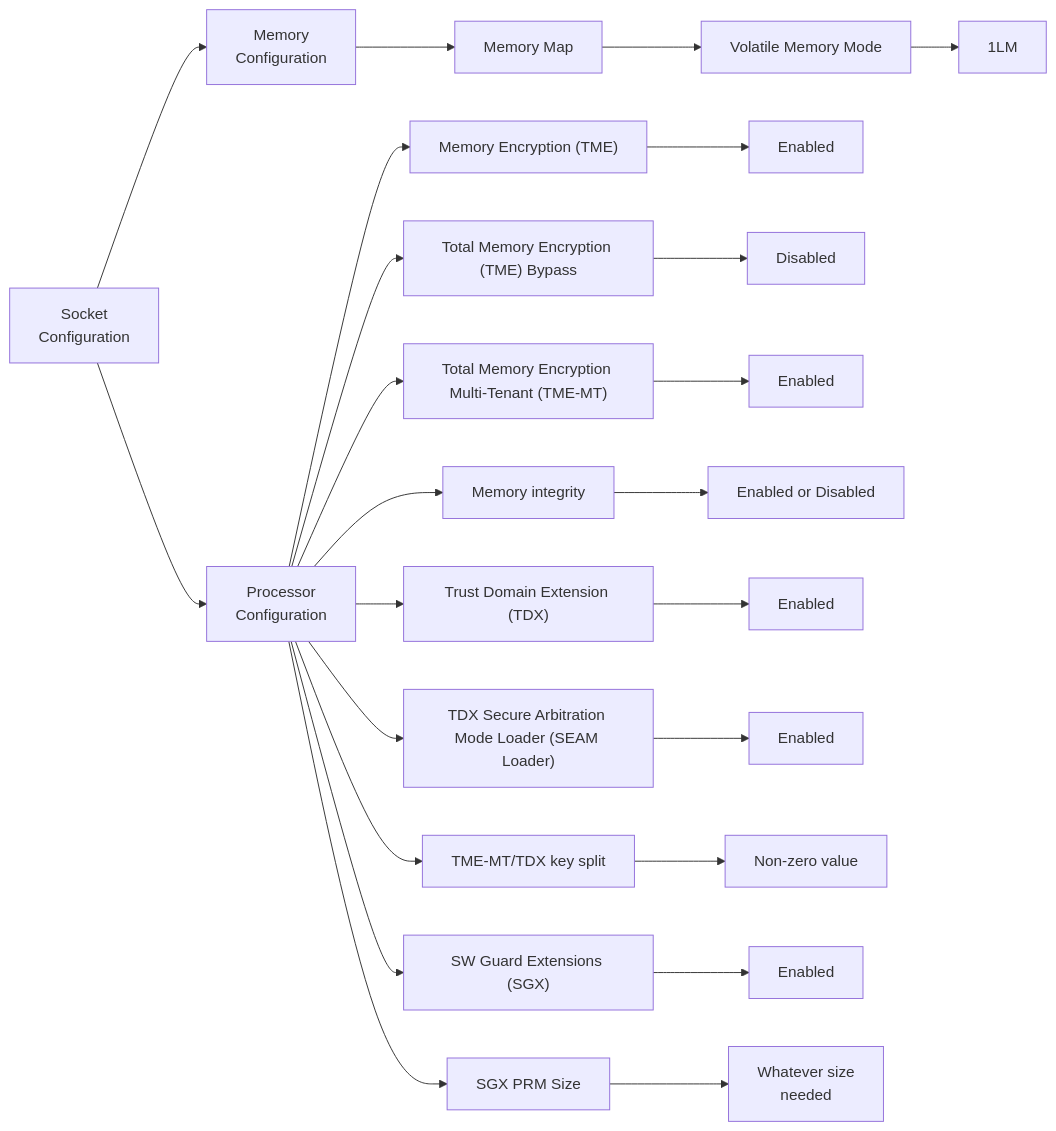
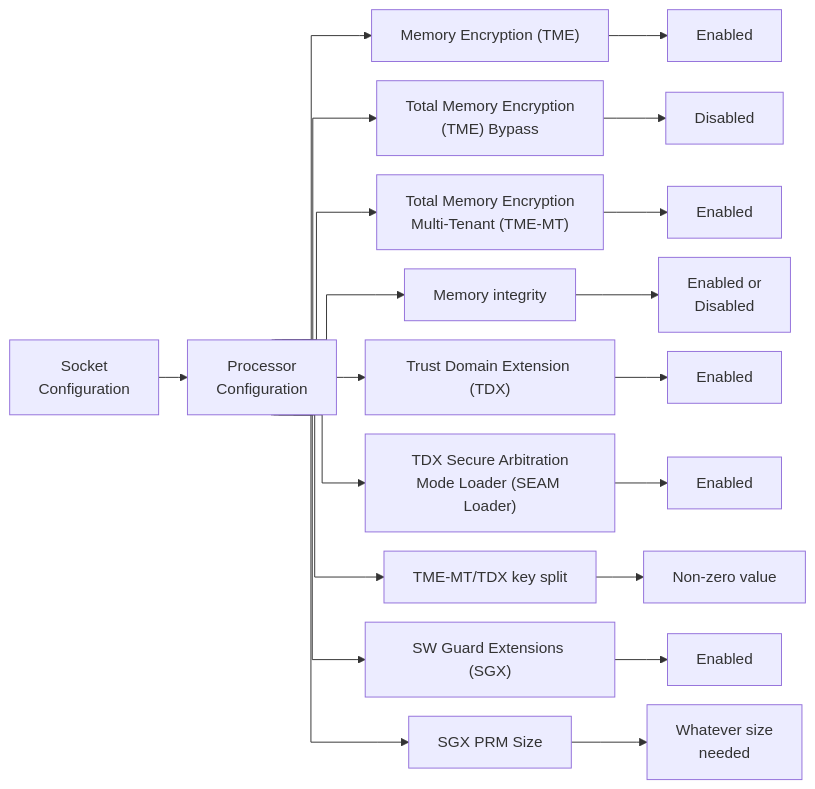
One commit to intel/confidential-computing-documentation changed the first of 2 diagrams in docs/child_docs/intel-tdx-enabling-guide/docs/04/hardware_setup.md. Above: the diagram before and after it, drawn with Mermaid. The commit also changed other lines of this file, not shown here.

Commit message:
[TDX Enabling] Add BIOS settings figure for Beechnut City

````diff
--- a/docs/child_docs/intel-tdx-enabling-guide/docs/04/hardware_setup.md
+++ b/docs/child_docs/intel-tdx-enabling-guide/docs/04/hardware_setup.md
@@ -41,16 +40,15 @@
     ``` mermaid
-    graph LR
+    %%{ init: { "flowchart": { "curve": "step", "nodeSpacing": 20, "rankSpacing": 30 } } }%%
+    flowchart LR
     SC[Socket<br />Configuration];
-    SC --> MC[Memory<br />Configuration];
-    MC --> A1[Memory Map] --> A2[Volatile Memory Mode] --> A3[1LM];
     SC --> PC[Processor<br />Configuration];
     PC --> B1["Memory Encryption (TME)"] --> B2[Enabled];
-    PC --> C1["Total Memory Encryption (TME) Bypass"] --> C2[Disabled];
-    PC --> D1["Total Memory Encryption Multi-Tenant (TME-MT)"] --> D2[Enabled];
-    PC --> E1["Memory integrity"] --> E2[Enabled or Disabled];
+    PC --> C1["Total Memory Encryption<br />(TME) Bypass"] --> C2[Disabled];
+    PC --> D1["Total Memory Encryption<br />Multi-Tenant (TME-MT)"] --> D2[Enabled];
+    PC --> E1["Memory integrity"] --> E2[Enabled or<br />Disabled];
     PC --> F1["Trust Domain Extension (TDX)"] --> F2[Enabled];
-    PC --> G1["TDX Secure Arbitration Mode Loader (SEAM Loader)"] --> G2[Enabled];
+    PC --> G1["TDX Secure Arbitration<br />Mode Loader (SEAM Loader)"] --> G2[Enabled];
     PC --> H1[TME-MT/TDX key split] --> H2[Non-zero value]
     PC --> I1["SW Guard Extensions (SGX)"] --> I2[Enabled];
     PC --> J1[SGX PRM Size] --> J2[Whatever size<br />needed];
     ```
````
